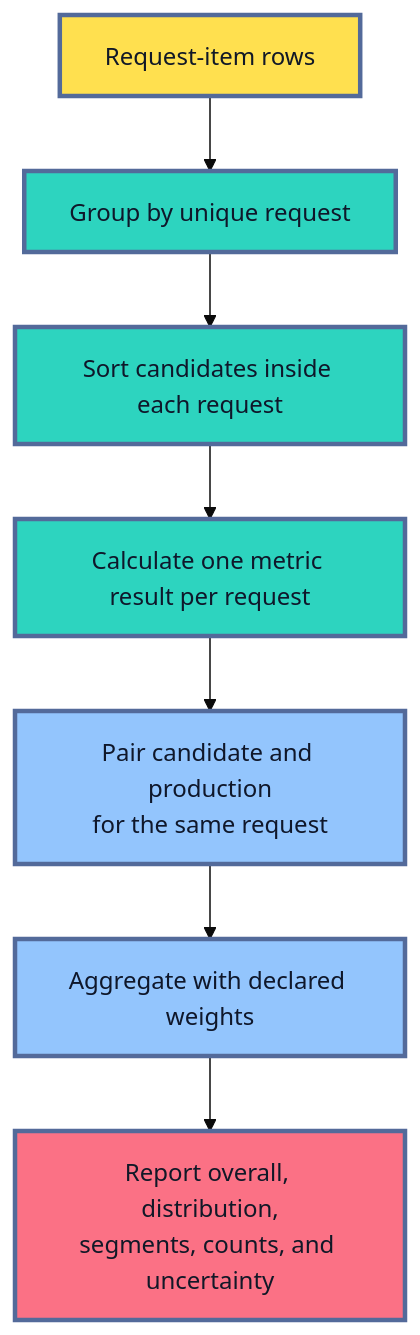
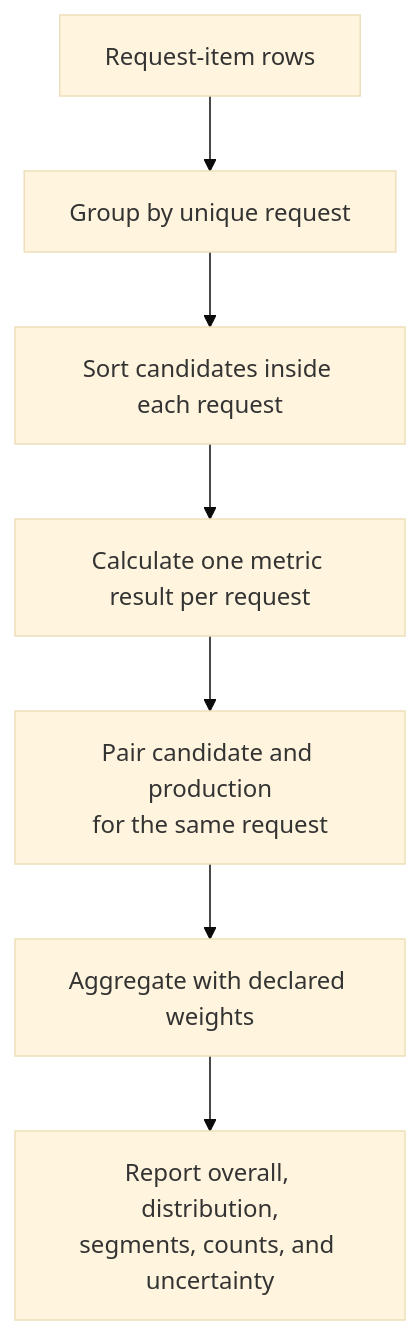
Before and after one commit to senlinyy/dev-roadmaps: the fifth of 8 diagrams in roadmaps/mlops/modules/model-evaluation/offline-evaluation/04-ranking-and-retrieval-evaluation.md, drawn with Mermaid (base theme). The commit also changed other lines of this file and 152 other files, not shown here.

Commit message:
feat: mlops and diagrams updated

````diff
--- a/roadmaps/mlops/modules/model-evaluation/offline-evaluation/04-ranking-and-retrieval-evaluation.md
+++ b/roadmaps/mlops/modules/model-evaluation/offline-evaluation/04-ranking-and-retrieval-evaluation.md
@@ -499,18 +483,14 @@
 ```mermaid
 flowchart TD
     A["Request-item rows"] --> B["Group by unique request"]
     B --> C["Sort candidates inside each request"]
     C --> D["Calculate one metric result per request"]
     D --> E["Pair candidate and production<br/>for the same request"]
     E --> F["Aggregate with declared weights"]
     F --> G["Report overall, distribution,<br/>segments, counts, and uncertainty"]
 
-    classDef rows fill:#FFE04F,stroke:#536A9A,stroke-width:3px,color:#111827
-    classDef calculate fill:#2DD4BF,stroke:#536A9A,stroke-width:3px,color:#0F172A
-    classDef compare fill:#93C5FD,stroke:#536A9A,stroke-width:3px,color:#0F172A
-    classDef report fill:#FB7185,stroke:#536A9A,stroke-width:3px,color:#111827
     class A rows
     class B,C,D calculate
     class E,F compare
     class G report
 ```
````
